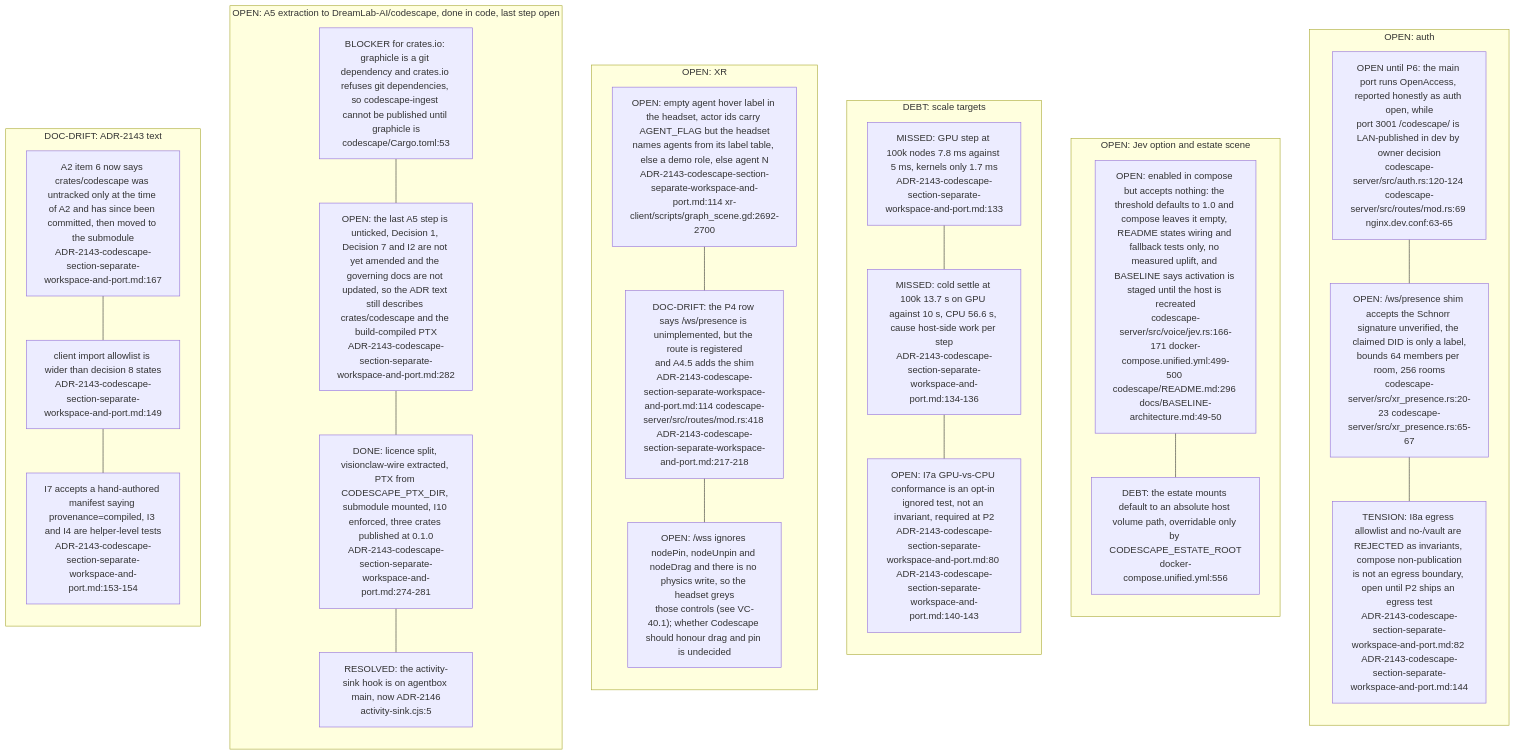
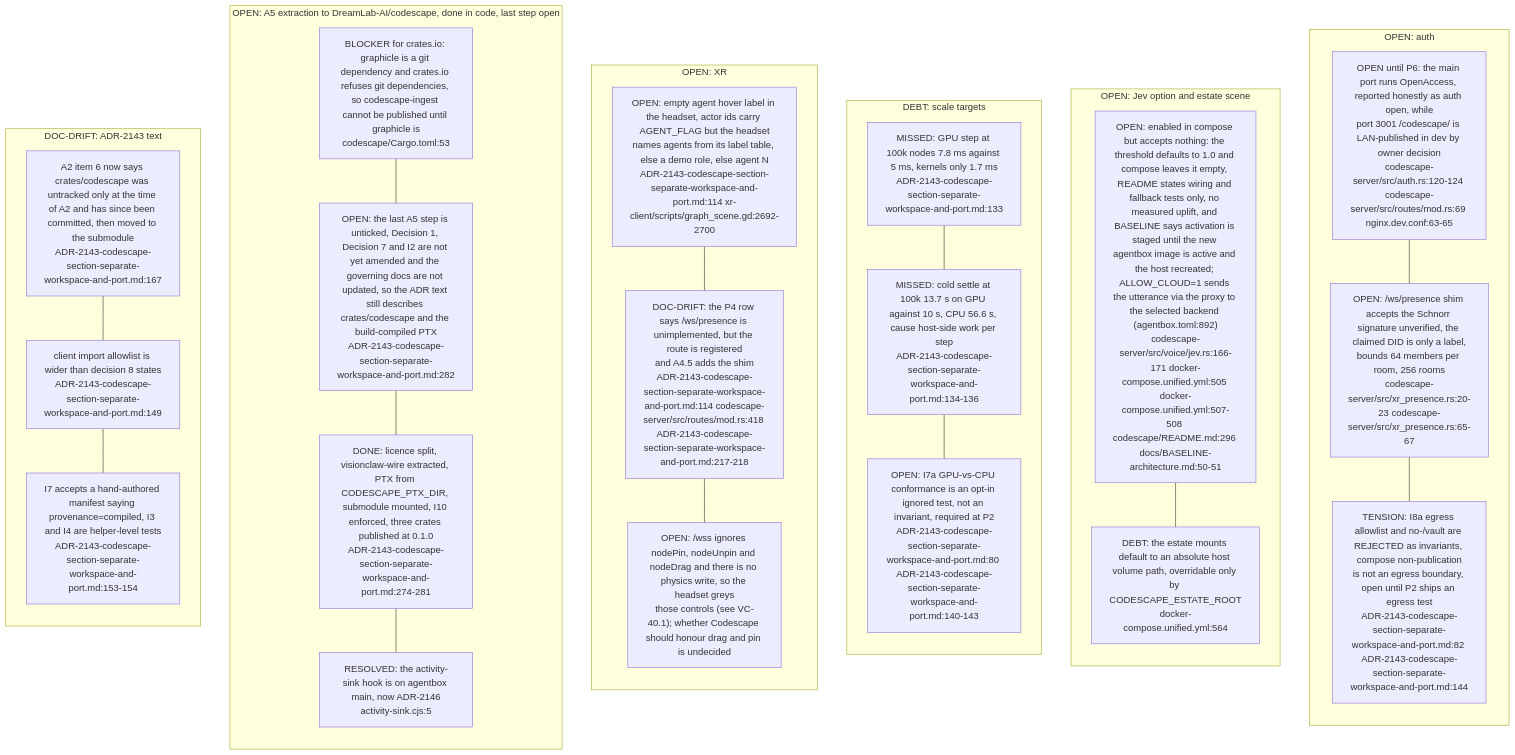
The seventh of 7 diagrams in docs/diagrams/visionclaw/39-codescape.md (DreamLab-AI/VisionFlow), drawn with Mermaid before and after one commit. The commit also changed other lines of this file and 142 other files, not shown here.

First line of the commit message:
docs(diagrams): one System One route; re-verify 140 topics at today's heads

````diff
--- a/docs/diagrams/visionclaw/39-codescape.md
+++ b/docs/diagrams/visionclaw/39-codescape.md
@@ -334,45 +335,45 @@
 ```mermaid
 flowchart TB
     subgraph SEC["OPEN: auth"]
         direction TB
         R1["OPEN until P6: the main port runs OpenAccess, reported honestly as auth open, while<br/>port 3001 /codescape/ is LAN-published in dev by owner decision<br/>codescape-server/src/auth.rs:120-124 codescape-server/src/routes/mod.rs:69 nginx.dev.conf:63-65"]
         R2["OPEN: /ws/presence shim accepts the Schnorr signature unverified, the claimed DID is only a label,<br/>bounds 64 members per room, 256 rooms<br/>codescape-server/src/xr_presence.rs:20-23 codescape-server/src/xr_presence.rs:65-67"]
         R3["TENSION: I8a egress allowlist and no-/vault are REJECTED as invariants, compose non-publication<br/>is not an egress boundary, open until P2 ships an egress test<br/>ADR-2143-codescape-section-separate-workspace-and-port.md:82 ADR-2143-codescape-section-separate-workspace-and-port.md:144"]
         R1 --- R2 --- R3
     end
     subgraph JEVG["OPEN: Jev option and estate scene"]
         direction TB
-        J1["OPEN: enabled in compose but accepts nothing: the threshold defaults to 1.0 and compose leaves it empty, README states wiring and fallback tests only, no measured uplift, and BASELINE says activation is staged until the host is recreated<br/>codescape-server/src/voice/jev.rs:166-171 docker-compose.unified.yml:499-500 codescape/README.md:296 docs/BASELINE-architecture.md:49-50"]
-        J2["DEBT: the estate mounts default to an absolute host volume path, overridable only by CODESCAPE_ESTATE_ROOT<br/>docker-compose.unified.yml:556"]
+        J1["OPEN: enabled in compose but accepts nothing: the threshold defaults to 1.0 and compose leaves it empty, README states wiring and fallback tests only, no measured uplift, and BASELINE says activation is staged until the new agentbox image is active and the host recreated; ALLOW_CLOUD=1 sends the utterance via the proxy to the selected backend (agentbox.toml:892)<br/>codescape-server/src/voice/jev.rs:166-171 docker-compose.unified.yml:505 docker-compose.unified.yml:507-508 codescape/README.md:296 docs/BASELINE-architecture.md:50-51"]
+        J2["DEBT: the estate mounts default to an absolute host volume path, overridable only by CODESCAPE_ESTATE_ROOT<br/>docker-compose.unified.yml:564"]
         J1 --- J2
     end
     subgraph PERF["DEBT: scale targets"]
         direction TB
         P1["MISSED: GPU step at 100k nodes 7.8 ms against 5 ms, kernels only 1.7 ms<br/>ADR-2143-codescape-section-separate-workspace-and-port.md:133"]
         P2["MISSED: cold settle at 100k 13.7 s on GPU against 10 s, CPU 56.6 s, cause host-side work per step<br/>ADR-2143-codescape-section-separate-workspace-and-port.md:134-136"]
         P3["OPEN: I7a GPU-vs-CPU conformance is an opt-in ignored test, not an invariant, required at P2<br/>ADR-2143-codescape-section-separate-workspace-and-port.md:80 ADR-2143-codescape-section-separate-workspace-and-port.md:140-143"]
         P1 --- P2 --- P3
     end
     subgraph XRG["OPEN: XR"]
         direction TB
         X1["OPEN: empty agent hover label in the headset, actor ids carry AGENT_FLAG but the headset<br/>names agents from its label table, else a demo role, else agent N<br/>ADR-2143-codescape-section-separate-workspace-and-port.md:114 xr-client/scripts/graph_scene.gd:2692-2700"]
         X2["DOC-DRIFT: the P4 row says /ws/presence is unimplemented, but the route is registered<br/>and A4.5 adds the shim<br/>ADR-2143-codescape-section-separate-workspace-and-port.md:114 codescape-server/src/routes/mod.rs:418 ADR-2143-codescape-section-separate-workspace-and-port.md:217-218"]
         X3["OPEN: /wss ignores nodePin, nodeUnpin and nodeDrag and there is no physics write, so the headset greys<br/>those controls (see VC-40.1); whether Codescape should honour drag and pin is undecided"]
         X1 --- X2 --- X3
     end
     subgraph EXT["OPEN: A5 extraction to DreamLab-AI/codescape, done in code, last step open"]
         direction TB
         E1["BLOCKER for crates.io: graphicle is a git dependency and crates.io refuses git dependencies, so codescape-ingest cannot be published until graphicle is<br/>codescape/Cargo.toml:53"]
         E2["OPEN: the last A5 step is unticked, Decision 1, Decision 7 and I2 are not yet amended and the governing docs are not updated, so the ADR text still describes crates/codescape and the build-compiled PTX<br/>ADR-2143-codescape-section-separate-workspace-and-port.md:282"]
         E3["DONE: licence split, visionclaw-wire extracted, PTX from CODESCAPE_PTX_DIR, submodule mounted, I10 enforced, three crates published at 0.1.0<br/>ADR-2143-codescape-section-separate-workspace-and-port.md:274-281"]
         E4["RESOLVED: the activity-sink hook is on agentbox main, now ADR-2146<br/>activity-sink.cjs:5"]
         E1 --- E2 --- E3 --- E4
     end
     subgraph DR["DOC-DRIFT: ADR-2143 text"]
         direction TB
         D1["A2 item 6 now says crates/codescape was untracked only at the time of A2 and has since been committed, then moved to the submodule<br/>ADR-2143-codescape-section-separate-workspace-and-port.md:167"]
         D2["client import allowlist is wider than decision 8 states<br/>ADR-2143-codescape-section-separate-workspace-and-port.md:149"]
         D3["I7 accepts a hand-authored manifest saying provenance=compiled, I3 and I4 are helper-level tests<br/>ADR-2143-codescape-section-separate-workspace-and-port.md:153-154"]
         D1 --- D2 --- D3
     end
 ```
````
